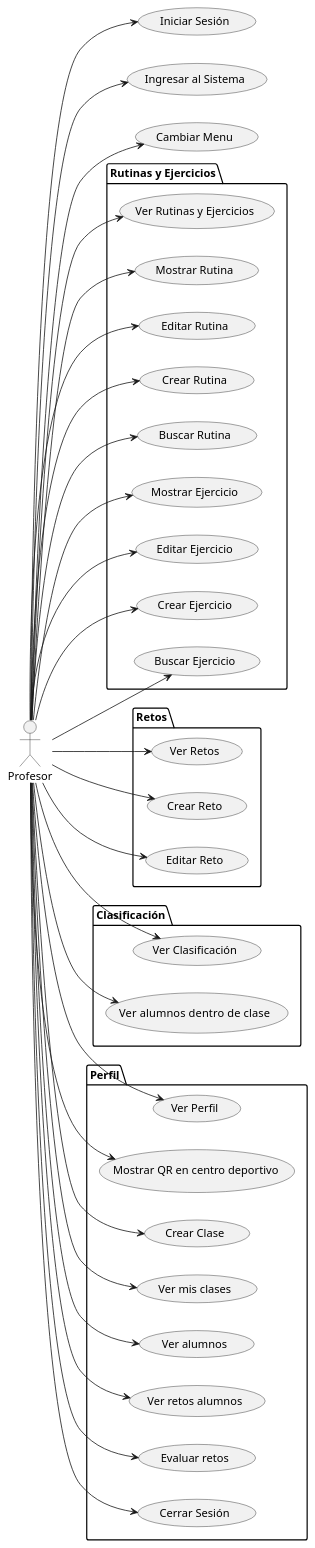
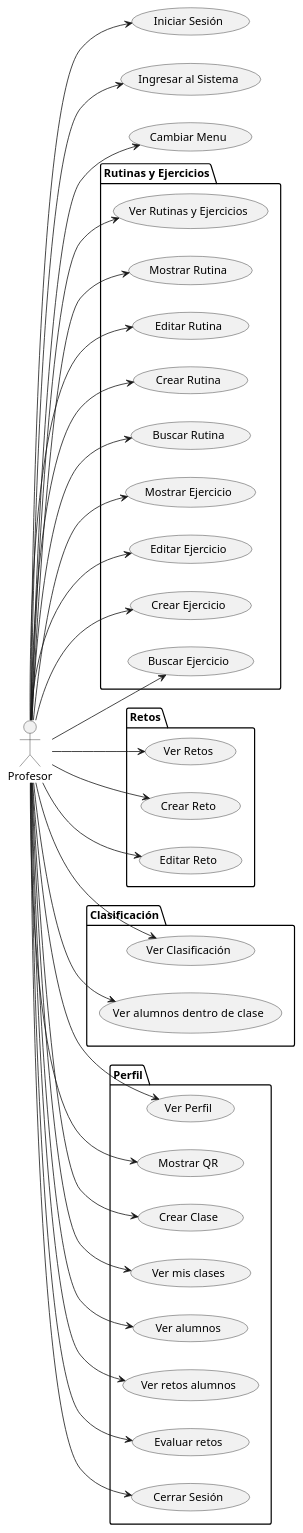
The diagram in Documentos/CasosUso/CdU_Profesor.puml (mmasias/24-25-IdSw1-SDR), drawn with PlantUML before and after one commit. The commit also changed 11 other files, not shown here.

```diff
--- a/Documentos/CasosUso/CdU_Profesor.puml
+++ b/Documentos/CasosUso/CdU_Profesor.puml
@@ -1,83 +1,83 @@
 @startuml CdU_Profesor
 left to right direction
 actor Profesor
 
 package "Rutinas y Ejercicios" {
     usecase "Ver Rutinas y Ejercicios" as CambiarARutinasYEjercicios
 
    
         usecase "Mostrar Rutina" as MostrarRutina
         usecase "Editar Rutina" as EditarRutina
         usecase "Crear Rutina" as CrearRutina
         usecase "Buscar Rutina" as BuscarRutina
     
 
    
         usecase "Mostrar Ejercicio" as MostrarEjercicio
         usecase "Editar Ejercicio" as EditarEjercicio
         usecase "Crear Ejercicio" as CrearEjercicio
         usecase "Buscar Ejercicio" as BuscarEjercicio
         
     
 }
 
 package "Retos" {
     usecase "Ver Retos" as CambiarARetos
     usecase "Crear Reto" as CrearReto
     usecase "Editar Reto" as EditarReto
 }
 
 package "Clasificación" {
     usecase "Ver Clasificación" as CambiarAClasificacion
     usecase "Ver alumnos dentro  de clase" as VerAlumnosDentroDeClase
 }
 
 package "Perfil" {
     usecase "Ver Perfil" as CambiarAPerfil
-    usecase "Mostrar QR en centro deportivo" as MostrarQR
+    usecase "Mostrar QR" as MostrarQR
 
   
         usecase "Crear Clase" as CrearClase
         usecase "Ver mis clases" as VerMisClases
         usecase "Ver alumnos" as VerAlumnos
         usecase "Ver retos alumnos" as VerRetosAlumnos
         usecase "Evaluar retos" as EvaluarRetos
         usecase "Cerrar Sesión" as CerrarSesion
     
 }
 
 
 usecase "Iniciar Sesión" as IniciarSesion
 usecase "Ingresar al Sistema" as IngresarAlSistema
 usecase "Cambiar Menu" as CambiarMenu
 
 Profesor --> IngresarAlSistema
 Profesor --> IniciarSesion
 Profesor --> CambiarMenu
 Profesor --> CerrarSesion
 
 Profesor --> CambiarARutinasYEjercicios
 Profesor --> MostrarRutina
 Profesor --> EditarRutina
 Profesor --> CrearRutina
 Profesor --> MostrarEjercicio
 Profesor --> EditarEjercicio
 Profesor --> CrearEjercicio
 Profesor --> BuscarEjercicio
 Profesor --> BuscarRutina
 Profesor --> CambiarARetos
 Profesor --> CrearReto
 Profesor --> EditarReto
 
 Profesor --> CambiarAClasificacion
 Profesor --> VerAlumnosDentroDeClase
 
 Profesor --> CambiarAPerfil
 Profesor --> MostrarQR
 Profesor --> CrearClase
 Profesor --> VerMisClases
 Profesor --> VerAlumnos
 Profesor --> VerRetosAlumnos
 Profesor --> EvaluarRetos
 
 @enduml
```
